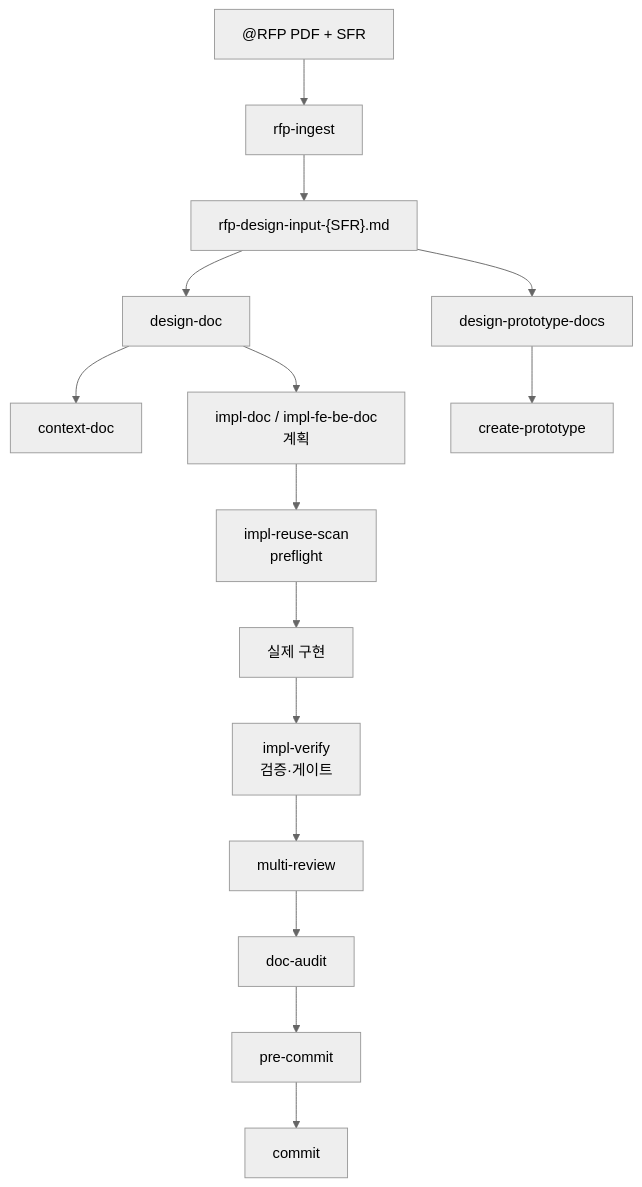
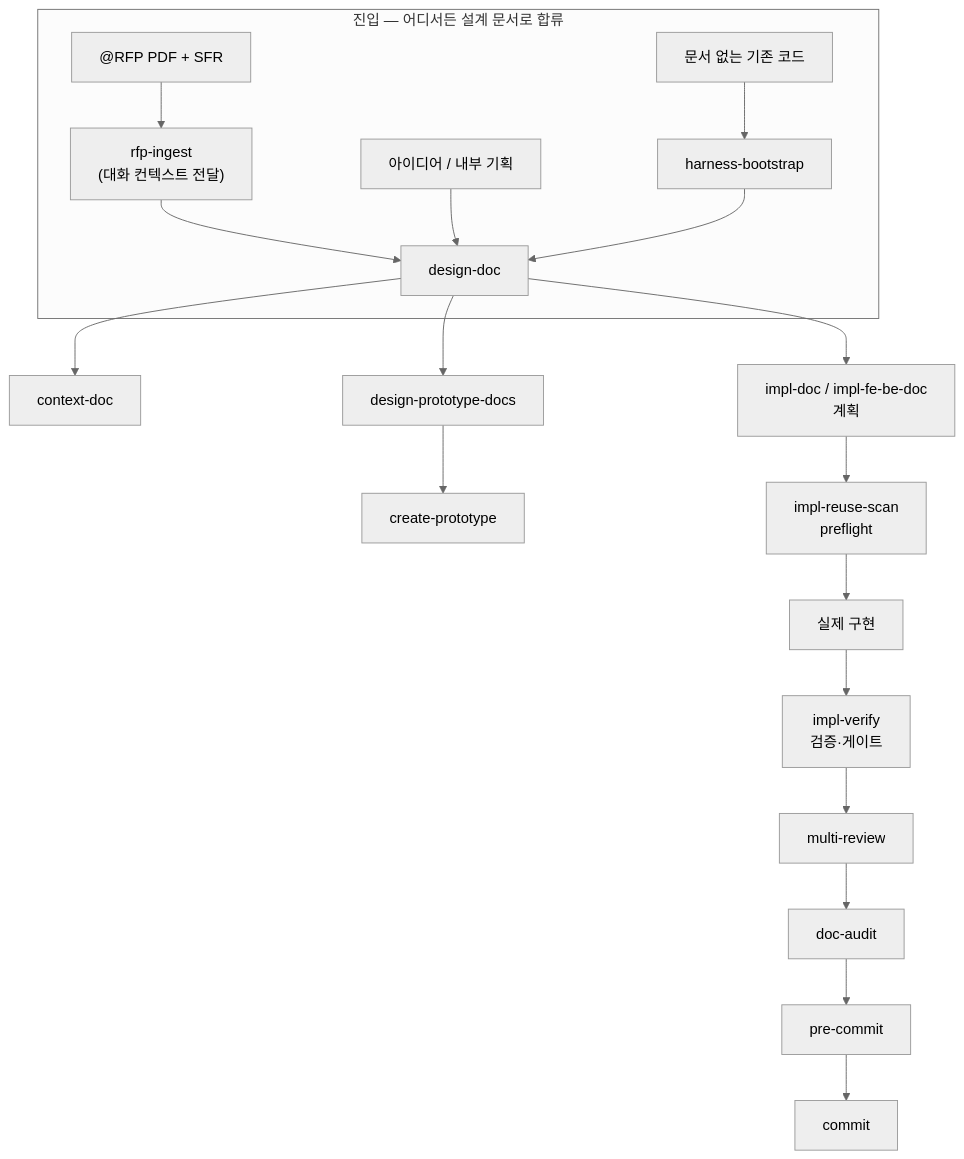
The fifth of 7 diagrams in Harness_Engineering_Intro.md (hb9397/AI_Agent_docs), drawn with Mermaid (neutral theme) before and after one commit. The commit also changed other lines of this file and 2 other files, not shown here.

````diff
--- a/Harness_Engineering_Intro.md
+++ b/Harness_Engineering_Intro.md
@@ -289,17 +274,22 @@
 ```mermaid
 flowchart TD
-    A["@RFP PDF + SFR"] --> B["rfp-ingest"]
-    B --> C["rfp-design-input-{SFR}.md"]
-    C --> D["design-doc"]
-    C --> E["design-prototype-docs"]
-    D --> F["context-doc"]
-    D --> G["impl-doc / impl-fe-be-doc<br/>계획"]
-    E --> H["create-prototype"]
-    G --> G1["impl-reuse-scan<br/>preflight"]
-    G1 --> I["실제 구현"]
-    I --> I1["impl-verify<br/>검증·게이트"]
-    I1 --> J["multi-review"]
-    J --> K["doc-audit"]
-    K --> L["pre-commit"]
-    L --> M["commit"]
+    subgraph 진입["진입 — 어디서든 설계 문서로 합류"]
+        R["@RFP PDF + SFR"] --> RI["rfp-ingest<br/>(대화 컨텍스트 전달)"]
+        RI --> DD
+        I["아이디어 / 내부 기획"] --> DD["design-doc"]
+        L["문서 없는 기존 코드"] --> HB["harness-bootstrap"]
+        HB --> DD
+    end
+
+    DD --> CC["context-doc"]
+    DD --> DP["design-prototype-docs"]
+    DP --> CP["create-prototype"]
+    DD --> IM["impl-doc / impl-fe-be-doc<br/>계획"]
+    IM --> RS["impl-reuse-scan<br/>preflight"]
+    RS --> BUILD["실제 구현"]
+    BUILD --> IV["impl-verify<br/>검증·게이트"]
+    IV --> MR["multi-review"]
+    MR --> DA["doc-audit"]
+    DA --> PC["pre-commit"]
+    PC --> CM["commit"]
 ```
````
